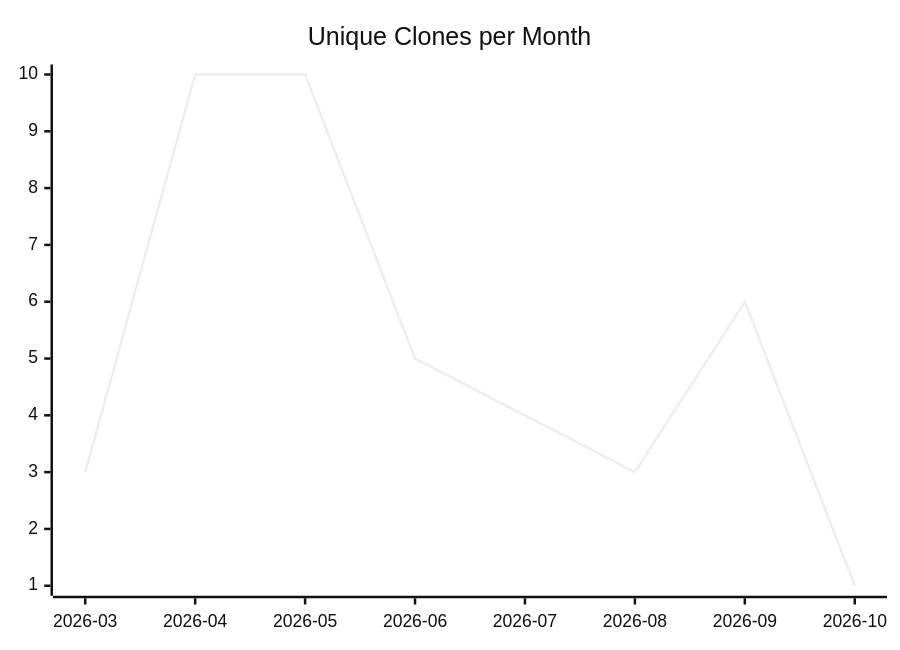
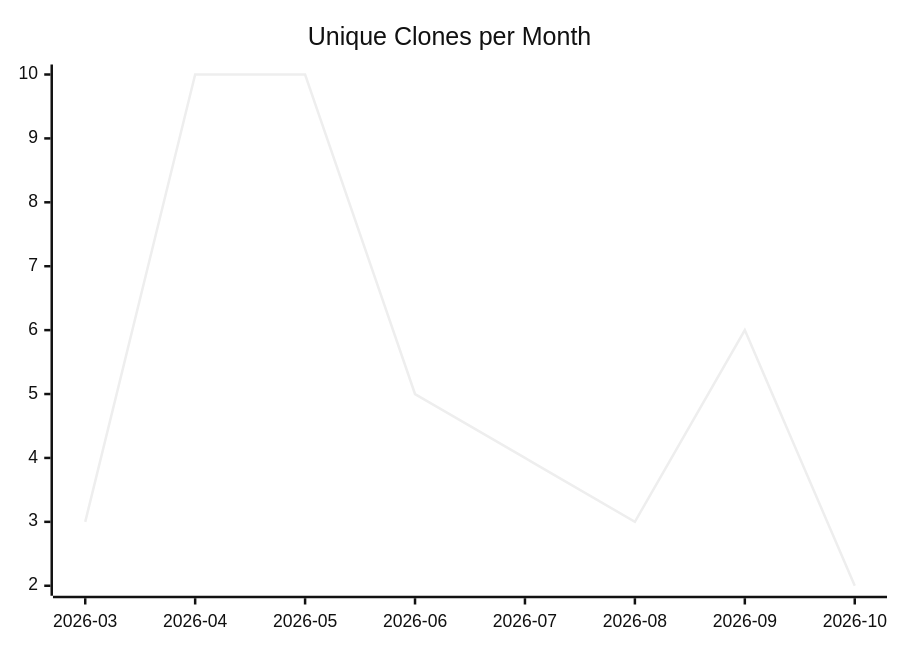
Before and after one commit to justdavis-family/github-analytics-data: the third of 3 diagrams in karlmdavis/can-i-kayak-baltimore/README.md, drawn with Mermaid (neutral theme). The commit also changed other lines of this file and 202 other files, not shown here.

````diff
--- a/karlmdavis/can-i-kayak-baltimore/README.md
+++ b/karlmdavis/can-i-kayak-baltimore/README.md
@@ -19,6 +19,6 @@
 ```mermaid
 xychart-beta
   title "Unique Clones per Month"
   x-axis ["2026-03", "2026-04", "2026-05", "2026-06", "2026-07", "2026-08", "2026-09", "2026-10"]
-  line [3, 10, 10, 5, 4, 3, 6, 1]
+  line [3, 10, 10, 5, 4, 3, 6, 2]
 ```
````
